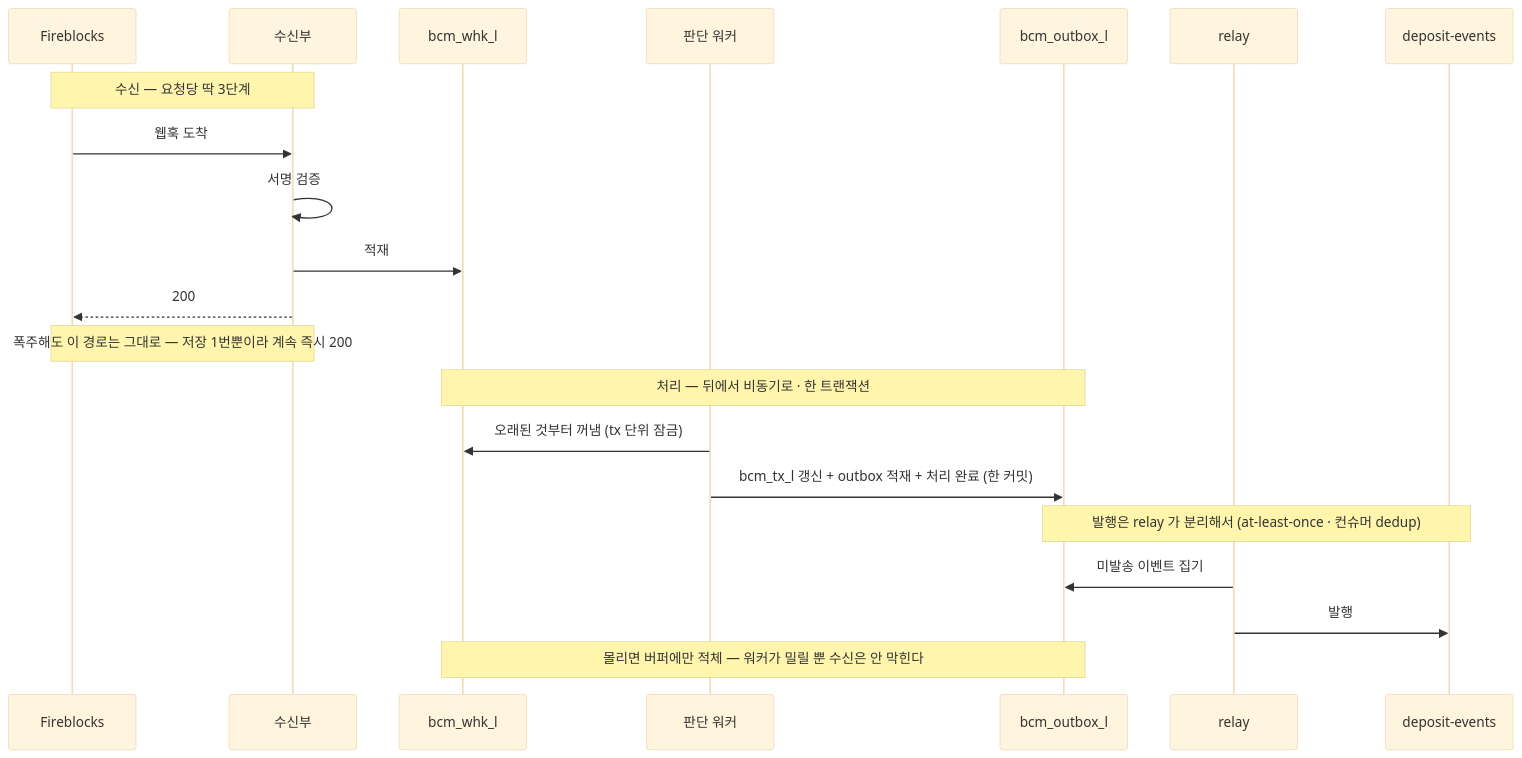
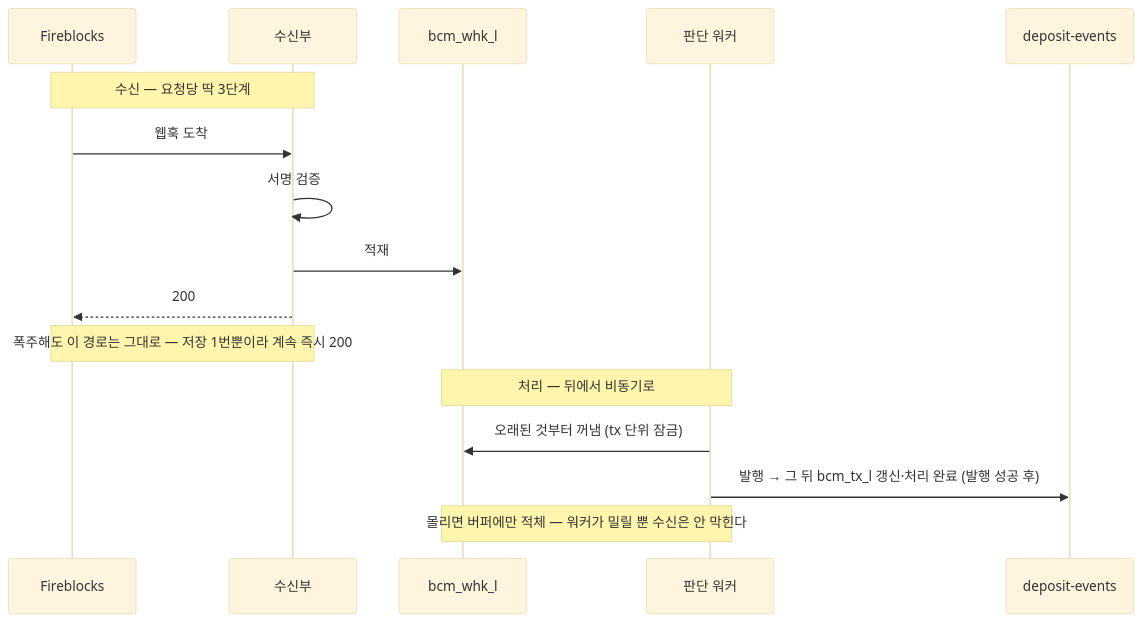
The first of 4 diagrams in blockchain-manager/docs/BC/설계/99-detection-detail.md (eunsujeo/eunpus), drawn with Mermaid (base theme) before and after one commit. The commit also changed other lines of this file and 4 other files, not shown here.

First line of the commit message:
감지 발행 단순화 — outbox·relay 제거, 워커 직접 발행(b)

````diff
--- a/blockchain-manager/docs/BC/설계/99-detection-detail.md
+++ b/blockchain-manager/docs/BC/설계/99-detection-detail.md
@@ -41,25 +39,20 @@
 ```mermaid
 sequenceDiagram
   participant F as Fireblocks
   participant R as 수신부
   participant B as bcm_whk_l
   participant W as 판단 워커
-  participant O as bcm_outbox_l
-  participant L as relay
   participant Q as deposit-events
 
   Note over F,R: 수신 — 요청당 딱 3단계
   F->>R: 웹훅 도착
   R->>R: 서명 검증
   R->>B: 적재
   R-->>F: 200
   Note over F,R: 폭주해도 이 경로는 그대로 — 저장 1번뿐이라 계속 즉시 200
 
-  Note over B,O: 처리 — 뒤에서 비동기로 · 한 트랜잭션
+  Note over B,W: 처리 — 뒤에서 비동기로
   W->>B: 오래된 것부터 꺼냄 (tx 단위 잠금)
-  W->>O: bcm_tx_l 갱신 + outbox 적재 + 처리 완료 (한 커밋)
-  Note over O,Q: 발행은 relay 가 분리해서 (at-least-once · 컨슈머 dedup)
-  L->>O: 미발송 이벤트 집기
-  L->>Q: 발행
-  Note over B,O: 몰리면 버퍼에만 적체 — 워커가 밀릴 뿐 수신은 안 막힌다
+  W->>Q: 발행 → 그 뒤 bcm_tx_l 갱신·처리 완료 (발행 성공 후)
+  Note over B,W: 몰리면 버퍼에만 적체 — 워커가 밀릴 뿐 수신은 안 막힌다
 ```
````
